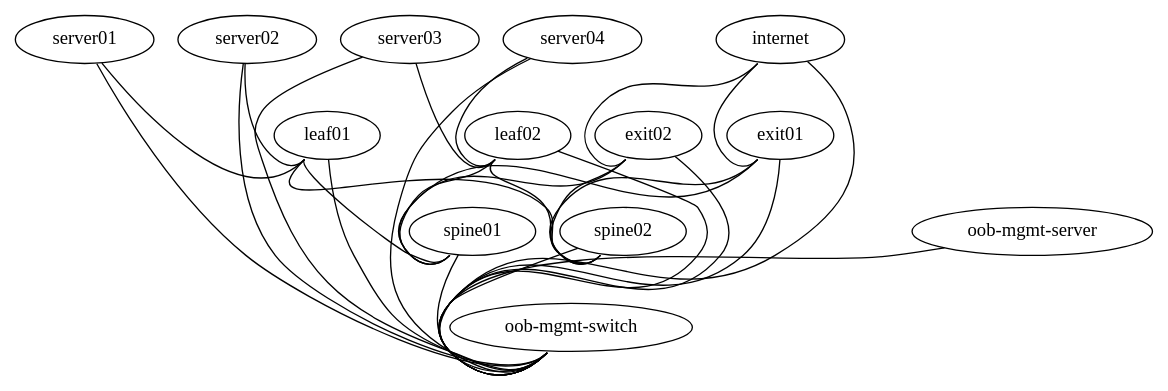
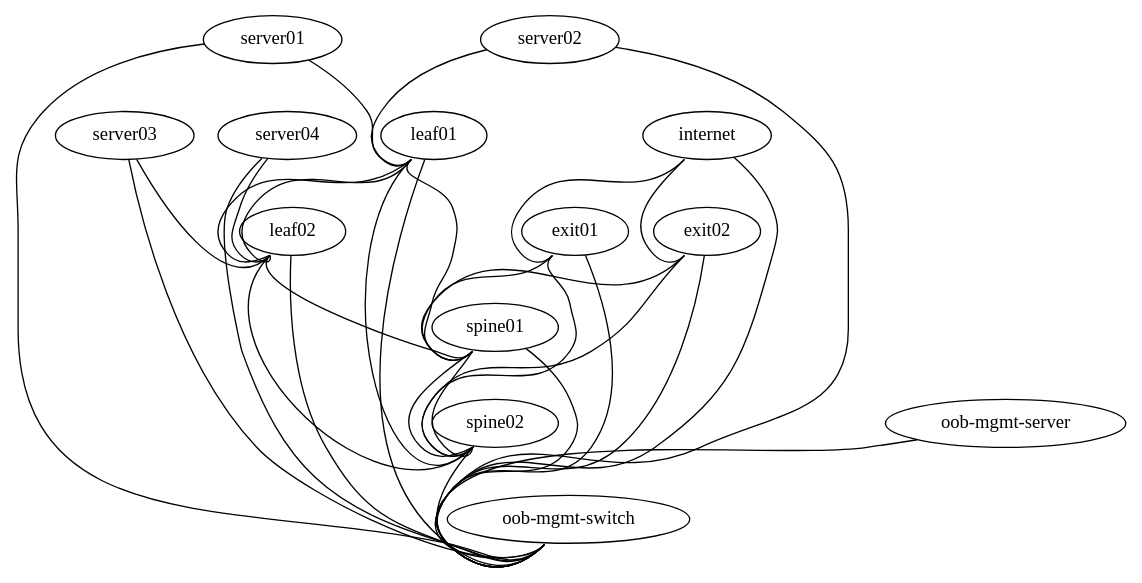
Before and after one commit to routemypacket/cumulus-lab: the diagram in sim-thg/topology.dot, drawn with Graphviz. The commit also changed 20 other files, not shown here.

```diff
--- a/sim-thg/topology.dot
+++ b/sim-thg/topology.dot
@@ -1,47 +1,53 @@
 graph vx {
  "leaf01" [function="leaf" os="CumulusCommunity/cumulus-vx" version="3.6.2" memory="768" config="./helper_scripts/config_switch.sh" ]
  "leaf02" [function="leaf" os="CumulusCommunity/cumulus-vx" version="3.6.2" memory="768" config="./helper_scripts/config_switch.sh" ]
  "spine01" [function="spine" os="CumulusCommunity/cumulus-vx" version="3.6.2" memory="768" config="./helper_scripts/config_switch.sh" ]
  "spine02" [function="spine" os="CumulusCommunity/cumulus-vx" version="3.6.2" memory="768" config="./helper_scripts/config_switch.sh" ]
  "exit01" [function="exit" os="CumulusCommunity/cumulus-vx" version="3.6.2" memory="768" config="./helper_scripts/config_switch.sh" ]
  "exit02" [function="exit" os="CumulusCommunity/cumulus-vx" version="3.6.2" memory="768" config="./helper_scripts/config_switch.sh" ]
  "server01" [function="host" os="yk0/ubuntu-xenial" memory="512" config="./helper_scripts/config_server.sh" ]
  "server02" [function="host" os="yk0/ubuntu-xenial" memory="512" config="./helper_scripts/config_server.sh" ]
  "server03" [function="host" os="yk0/ubuntu-xenial" memory="512" config="./helper_scripts/config_server.sh" ]
  "server04" [function="host" os="yk0/ubuntu-xenial" memory="512" config="./helper_scripts/config_server.sh" ]
- "internet" [function="internet" os="CumulusCommunity/cumulus-vx" version="3.6.2" memory="768" config="./helper_scripts/config_internet.sh" ]
+ "internet" [function="internet" vagrant="swp48" os="CumulusCommunity/cumulus-vx" version="3.6.2" memory="768" config="./helper_scripts/config_internet.sh" ]
  "oob-mgmt-switch" [function="oob-switch" vagrant="eth0" os="CumulusCommunity/cumulus-vx" version="3.6.2" memory="768" config="./helper_scripts/config_oob_switch.sh" ]
  "oob-mgmt-server" [function="oob-server" vagrant="eth0" os="CumulusCommunity/vx_oob_server" version="1.0.4" memory="1024" config="./helper_scripts/config_oob_server.sh" ]
 
  "leaf01":"swp15" -- "spine01":"swp1"
  "leaf02":"swp15" -- "spine01":"swp2"
  "leaf01":"swp16" -- "spine02":"swp1"
  "leaf02":"swp16" -- "spine02":"swp2"
 
- "exit01":"swp15" -- "spine01":"swp15"
- "exit01":"swp16" -- "spine02":"swp15"
- "exit02":"swp15" -- "spine01":"swp16"
- "exit02":"swp16" -- "spine02":"swp16"
+ "leaf01":"swp13" -- "leaf02":"swp13"
+ "leaf01":"swp14" -- "leaf02":"swp14"
 
- "internet":"swp1" -- "exit01":"swp1"
- "internet":"swp2" -- "exit02":"swp1"
+ "spine01":"swp15" -- "spine02":"swp15"
+ "spine01":"swp16" -- "spine02":"swp16"
 
  "server01":"eth1" -- "leaf01":"swp1" [left_mac="00:03:00:11:11:01"]
  "server02":"eth1" -- "leaf01":"swp2" [left_mac="00:03:00:22:22:01"]
  "server03":"eth1" -- "leaf02":"swp1" [left_mac="00:03:00:33:33:01"]
  "server04":"eth1" -- "leaf02":"swp2" [left_mac="00:03:00:44:44:01"]
+
+ "exit01":"swp15" -- "spine01":"swp3"
+ "exit01":"swp16" -- "spine02":"swp3"
+ "exit02":"swp15" -- "spine01":"swp4"
+ "exit02":"swp16" -- "spine02":"swp4"
+
+
+ "internet":"swp1" -- "exit01":"swp1"
+ "internet":"swp2" -- "exit02":"swp1"
 
  "oob-mgmt-server":"eth1" -- "oob-mgmt-switch":"swp1" [right_mac="a0:00:00:00:00:61"]
  "server01":"eth0" -- "oob-mgmt-switch":"swp2" [left_mac="a0:00:00:00:00:31"]
  "server02":"eth0" -- "oob-mgmt-switch":"swp3" [left_mac="a0:00:00:00:00:32"]
  "server03":"eth0" -- "oob-mgmt-switch":"swp4" [left_mac="a0:00:00:00:00:33"]
  "server04":"eth0" -- "oob-mgmt-switch":"swp5" [left_mac="a0:00:00:00:00:34"]
  "leaf01":"eth0" -- "oob-mgmt-switch":"swp6" [left_mac="a0:00:00:00:00:11"]
  "leaf02":"eth0" -- "oob-mgmt-switch":"swp7" [left_mac="a0:00:00:00:00:12"]
- "spine01":"eth0" -- "oob-mgmt-switch":"swp8" [left_mac="a0:00:00:00:00:21"]
- "spine02":"eth0" -- "oob-mgmt-switch":"swp9" [left_mac="a0:00:00:00:00:22"]
- "exit01":"eth0" -- "oob-mgmt-switch":"swp10" [left_mac="a0:00:00:00:00:41"]
- "exit02":"eth0" -- "oob-mgmt-switch":"swp11" [left_mac="a0:00:00:00:00:42"]
- "internet":"eth0" -- "oob-mgmt-switch":"swp12" [left_mac="a0:00:00:00:00:50"]
-
+ "spine01":"eth0" -- "oob-mgmt-switch":"swp10" [left_mac="a0:00:00:00:00:21"]
+ "spine02":"eth0" -- "oob-mgmt-switch":"swp11" [left_mac="a0:00:00:00:00:22"]
+ "exit01":"eth0" -- "oob-mgmt-switch":"swp12" [left_mac="a0:00:00:00:00:41"]
+ "exit02":"eth0" -- "oob-mgmt-switch":"swp13" [left_mac="a0:00:00:00:00:42"]
+ "internet":"eth0" -- "oob-mgmt-switch":"swp15" [left_mac="a0:00:00:00:00:50"]
 }
```
